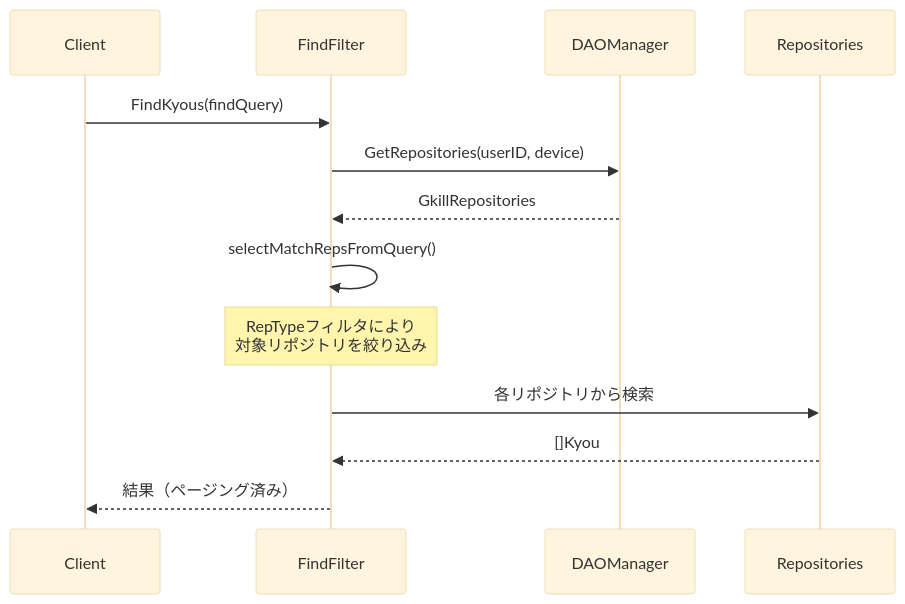
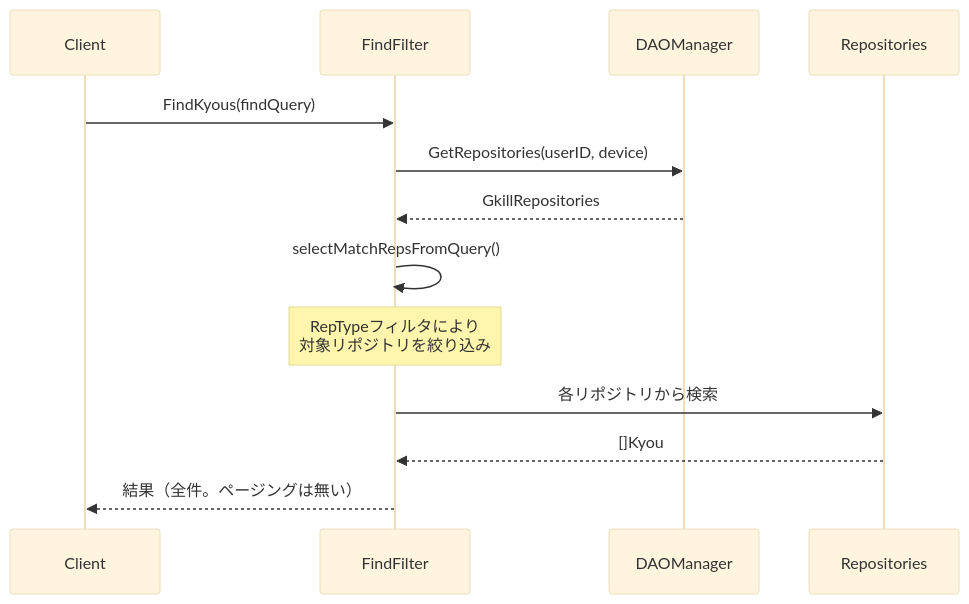
The second of 3 diagrams in documents/reverse/dvnf-rep-type-spec.md (mt3hr/gkill), drawn with Mermaid (base theme) before and after one commit. The commit also changed other lines of this file and 146 other files, not shown here.

````diff
--- a/documents/reverse/dvnf-rep-type-spec.md
+++ b/documents/reverse/dvnf-rep-type-spec.md
@@ -234,16 +234,16 @@
 ```mermaid
 sequenceDiagram
     participant Client
     participant FindFilter
     participant DAOManager
     participant Repositories
 
     Client->>FindFilter: FindKyous(findQuery)
     FindFilter->>DAOManager: GetRepositories(userID, device)
     DAOManager-->>FindFilter: GkillRepositories
     FindFilter->>FindFilter: selectMatchRepsFromQuery()
     Note over FindFilter: RepTypeフィルタにより<br/>対象リポジトリを絞り込み
     FindFilter->>Repositories: 各リポジトリから検索
     Repositories-->>FindFilter: []Kyou
-    FindFilter-->>Client: 結果（ページング済み）
+    FindFilter-->>Client: 結果（全件。ページングは無い）
 ```
````
